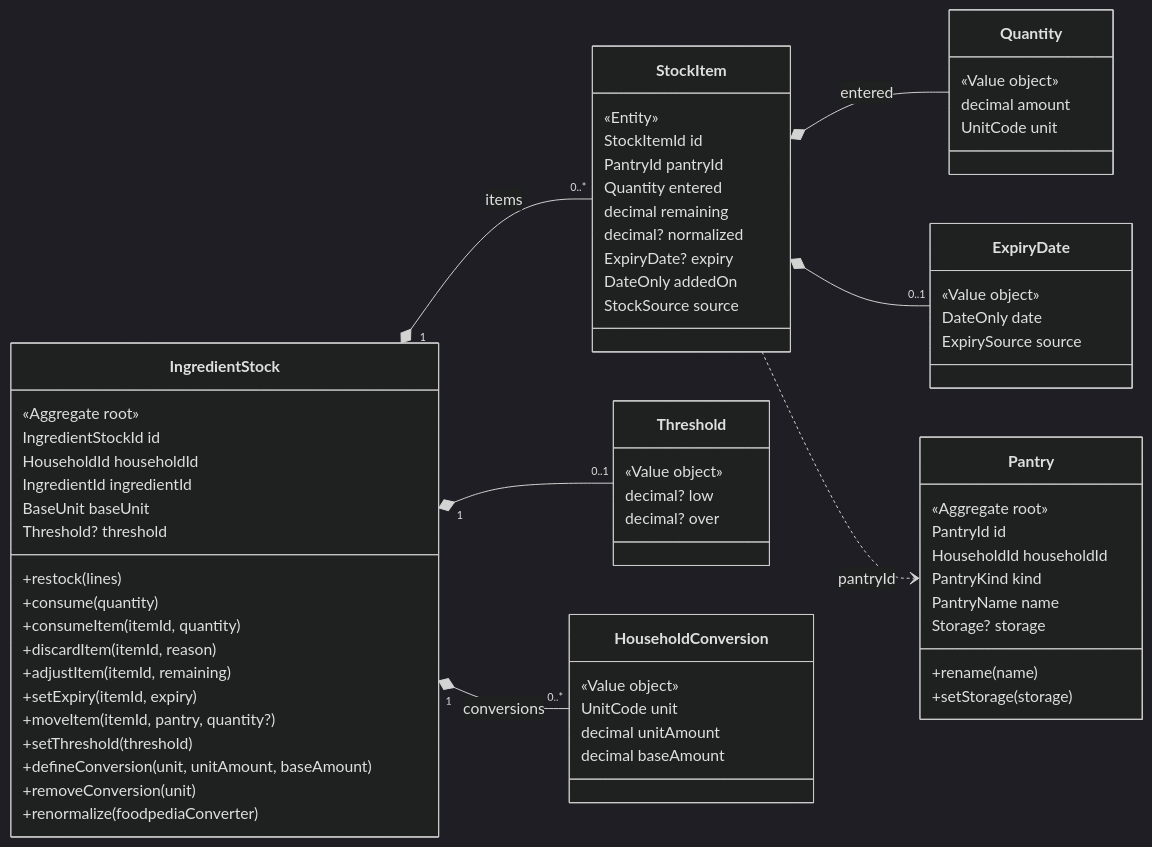
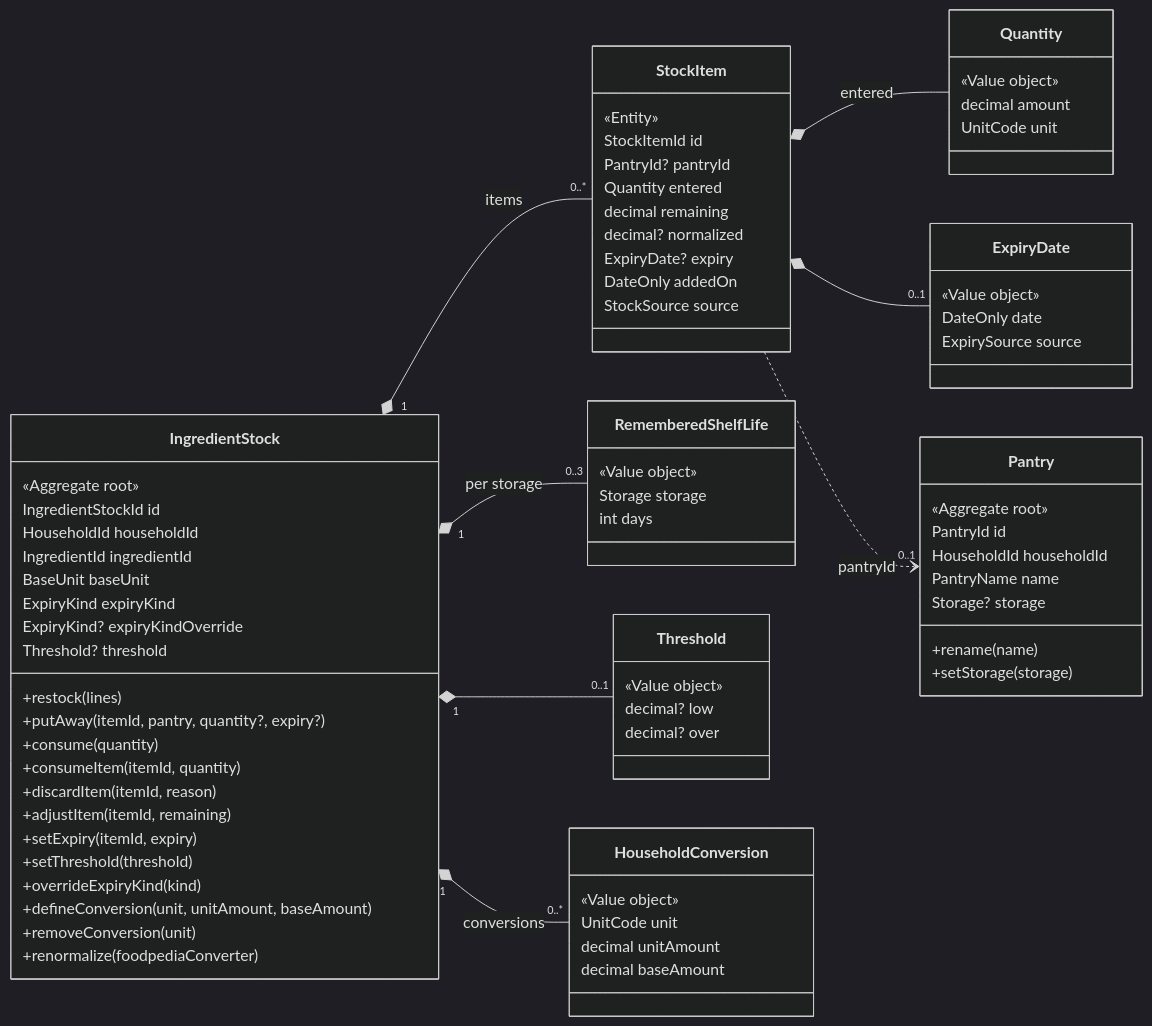
One commit to Raidvahkiin/cooquoi changed the diagram in docs/contexts/pantry/domain-model.md. Above: the diagram before and after it, drawn with Mermaid (dark theme). The commit also changed other lines of this file and 5 other files, not shown here.

Commit message:
docs(pantry,foodpedia): unpantried stock to put away, expiry kind, optional expiry

````diff
--- a/docs/contexts/pantry/domain-model.md
+++ b/docs/contexts/pantry/domain-model.md
@@ -25,7 +25,6 @@
     «Aggregate root»
     PantryId id
     HouseholdId householdId
-    PantryKind kind
     PantryName name
     Storage? storage
     +rename(name)
@@ -38,15 +37,18 @@
     HouseholdId householdId
     IngredientId ingredientId
     BaseUnit baseUnit
+    ExpiryKind expiryKind
+    ExpiryKind? expiryKindOverride
     Threshold? threshold
     +restock(lines)
+    +putAway(itemId, pantry, quantity?, expiry?)
     +consume(quantity)
     +consumeItem(itemId, quantity)
     +discardItem(itemId, reason)
     +adjustItem(itemId, remaining)
     +setExpiry(itemId, expiry)
-    +moveItem(itemId, pantry, quantity?)
     +setThreshold(threshold)
+    +overrideExpiryKind(kind)
     +defineConversion(unit, unitAmount, baseAmount)
     +removeConversion(unit)
     +renormalize(foodpediaConverter)
@@ -55,7 +57,7 @@
   class StockItem {
     «Entity»
     StockItemId id
-    PantryId pantryId
+    PantryId? pantryId
     Quantity entered
     decimal remaining
     decimal? normalized
@@ -76,6 +78,12 @@
     ExpirySource source
   }
 
+  class RememberedShelfLife {
+    «Value object»
+    Storage storage
+    int days
+  }
+
   class Threshold {
     «Value object»
     decimal? low
@@ -91,8 +99,9 @@
 
   IngredientStock "1" *-- "0..*" StockItem : items
   IngredientStock "1" *-- "0..*" HouseholdConversion : conversions
+  IngredientStock "1" *-- "0..3" RememberedShelfLife : per storage
   IngredientStock "1" *-- "0..1" Threshold
   StockItem *-- Quantity : entered
   StockItem *-- "0..1" ExpiryDate
-  StockItem ..> Pantry : pantryId
+  StockItem ..> "0..1" Pantry : pantryId
 ```
````
